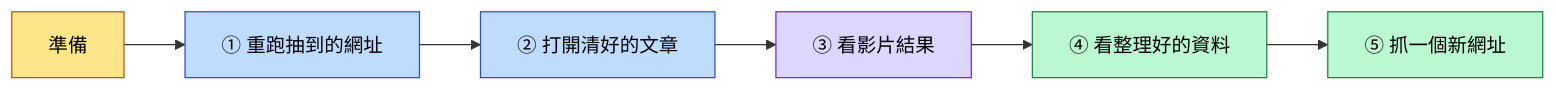
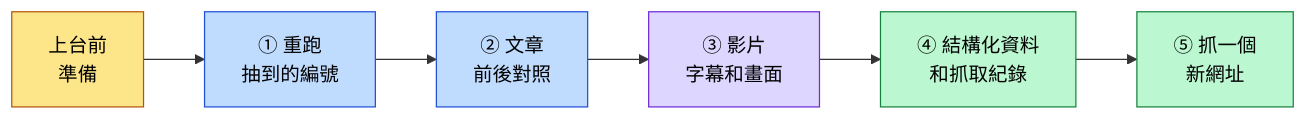
One commit to Currywarrior/WebCrawler_Project changed the second of 2 diagrams in README.md. Above: the diagram before and after it, drawn with Mermaid. The commit also changed other lines of this file and 1 other file, not shown here.

````diff
--- a/README.md
+++ b/README.md
@@ -176,13 +179,13 @@
 ```mermaid
 flowchart LR
-    S0["準備"]:::input --> S1["① 重跑抽到的網址"]:::step
-    S1 --> S2["② 打開清好的文章"]:::step
-    S2 --> S3["③ 看影片結果"]:::video
-    S3 --> S4["④ 看整理好的資料"]:::output
-    S4 --> S5["⑤ 抓一個新網址"]:::output
+    S0["上台前<br/>準備"]:::input --> S1["① 重跑<br/>抽到的編號"]:::step
+    S1 --> S2["② 文章<br/>前後對照"]:::step
+    S2 --> S3["③ 影片<br/>字幕和畫面"]:::video
+    S3 --> S4["④ 結構化資料<br/>和抓取紀錄"]:::output
+    S4 --> S5["⑤ 抓一個<br/>新網址"]:::output
 
     classDef input fill:#FDE68A,stroke:#B45309,color:#000
     classDef step fill:#BFDBFE,stroke:#1D4ED8,color:#000
     classDef video fill:#DDD6FE,stroke:#6D28D9,color:#000
     classDef output fill:#BBF7D0,stroke:#15803D,color:#000
 ```
````
